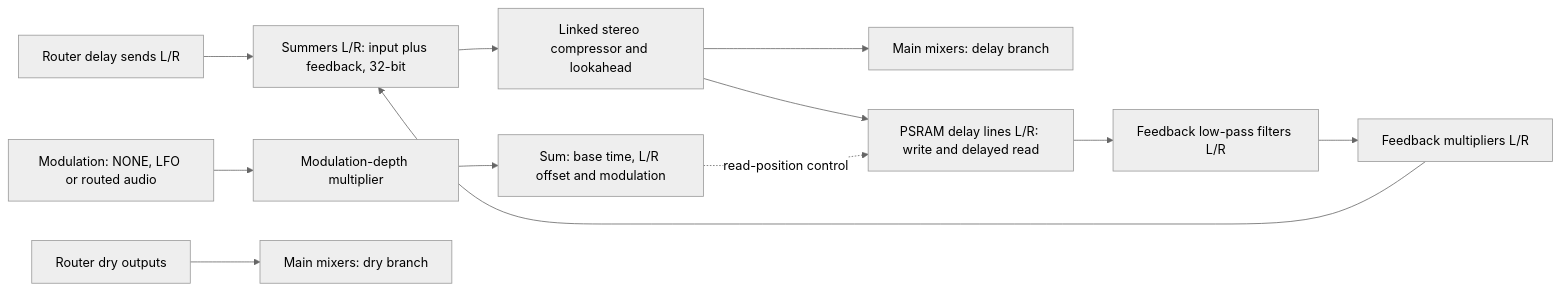
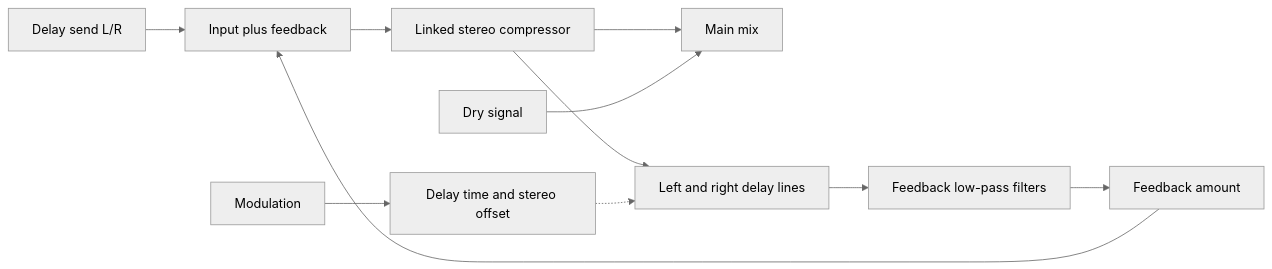
One commit to SandroGrassia/Lilla_Audio_Sampler changed the third of 3 diagrams in FIRMWARE_ARCHITECTURE.md. Above: the diagram before and after it, drawn with Mermaid (neutral theme). The commit also changed other lines of this file and 1 other file, not shown here.

Commit message:
Simplify firmware architecture overview and separate implementation notes

````diff
--- a/FIRMWARE_ARCHITECTURE.md
+++ b/FIRMWARE_ARCHITECTURE.md
@@ -181,14 +141,13 @@
 ```mermaid
 flowchart LR
-    Send[Router delay sends L/R] --> Sum[Summers L/R: input plus feedback, 32-bit]
-    Sum --> Compressor[Linked stereo compressor and lookahead]
-    Compressor --> Main[Main mixers: delay branch]
-    Compressor --> Line[PSRAM delay lines L/R: write and delayed read]
-    Line --> Filter[Feedback low-pass filters L/R]
-    Filter --> Gain[Feedback multipliers L/R]
+    Send[Delay send L/R] --> Sum[Input plus feedback]
+    Sum --> Compressor[Linked stereo compressor]
+    Compressor --> Main[Main mix]
+    Compressor --> Line[Left and right delay lines]
+    Line --> Filter[Feedback low-pass filters]
+    Filter --> Gain[Feedback amount]
     Gain --> Sum
-    Mod[Modulation: NONE, LFO or routed audio] --> Depth[Modulation-depth multiplier]
-    Depth --> Time[Sum: base time, L/R offset and modulation]
-    Time -. read-position control .-> Line
-    Dry[Router dry outputs] --> MainDry[Main mixers: dry branch]
+    Mod[Modulation] --> Time[Delay time and stereo offset]
+    Time -.-> Line
+    Dry[Dry signal] --> Main
 ```
````
